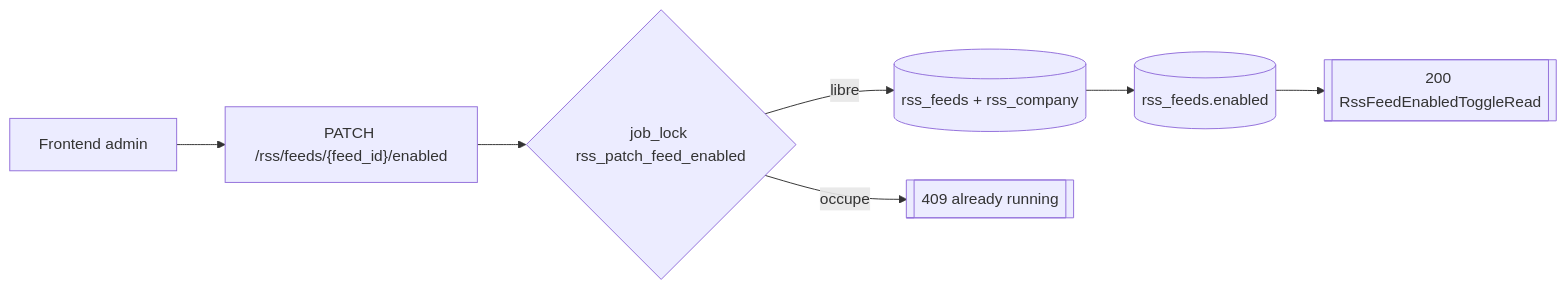
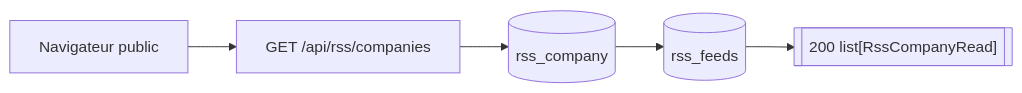
Before and after one commit to Manifeed/docs: the second of 4 diagrams in backend/routes/rss.md, drawn with Mermaid. The commit also changed other lines of this file, not shown here.

````diff
--- a/backend/routes/rss.md
+++ b/backend/routes/rss.md
@@ -28,9 +25,7 @@
 ```mermaid
 flowchart LR
-    admin["Frontend admin"] --> route["PATCH /rss/feeds/{feed_id}/enabled"]
-    route --> lock{"job_lock rss_patch_feed_enabled"}
-    lock -->|libre| state[(rss_feeds + rss_company)]
-    state --> update[(rss_feeds.enabled)]
-    update --> response[["200 RssFeedEnabledToggleRead"]]
-    lock -->|occupe| e409[["409 already running"]]
+    public["Navigateur public"] --> route["GET /api/rss/companies"]
+    route --> companies[(rss_company)]
+    companies --> feeds[(rss_feeds)]
+    feeds --> response[["200 list[RssCompanyRead]"]]
 ```
````
